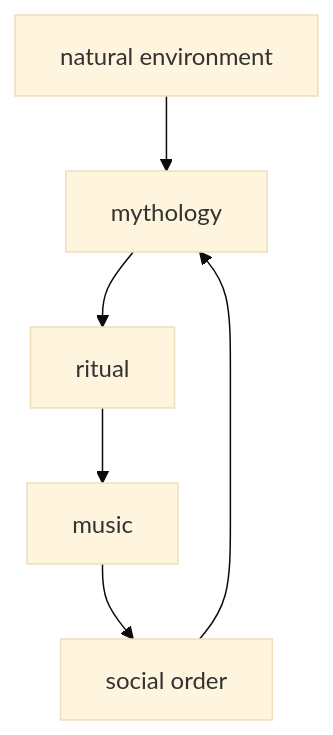
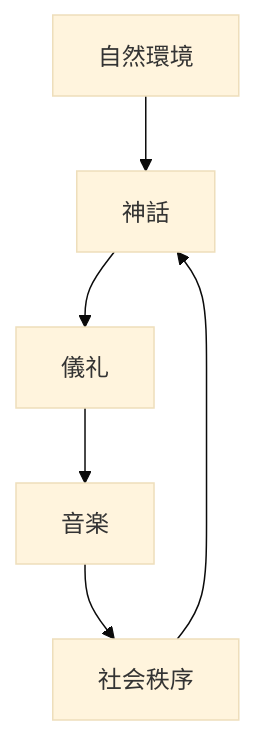
One commit to monumental-movement/monumental-movement.github.io changed the diagram in en/_posts/2026-01-16-column-amazonian-indigenous-music.md. Above: the diagram before and after it, drawn with Mermaid (base theme). The commit also changed other lines of this file and 2196 other files, not shown here.

```diff
--- a/en/_posts/2026-01-16-column-amazonian-indigenous-music.md
+++ b/en/_posts/2026-01-16-column-amazonian-indigenous-music.md
@@ -127,8 +126,8 @@
 <div class="mermaid">
 graph TD
-A[natural environment] --> B[mythology]
-B --> C[ritual]
-C --> D[music]
-D --> E[social order]
+A[自然環境] --> B[神話]
+B --> C[儀礼]
+C --> D[音楽]
+D --> E[社会秩序]
 E --> B
 </div>
```
